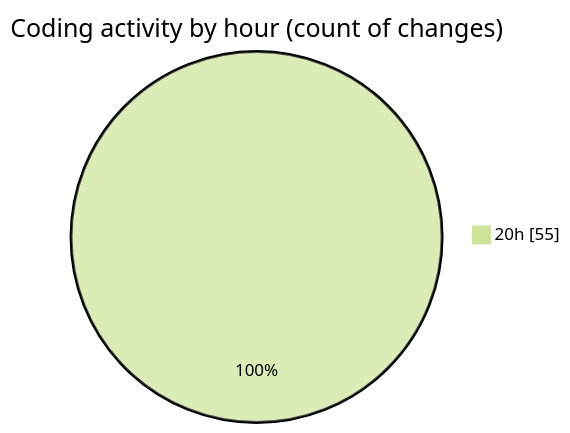
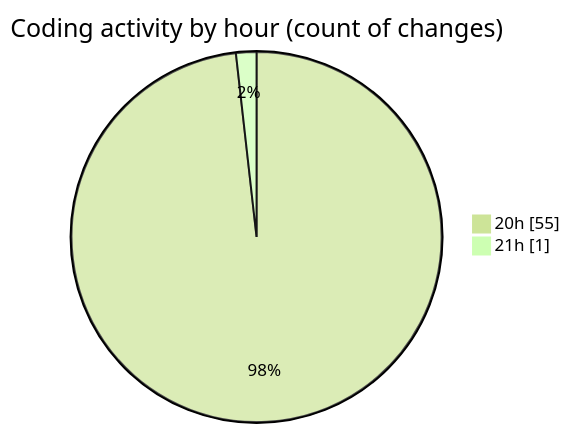
The second of 2 diagrams in 2025-05-08/date/README.md (Netris89/code-tracking), drawn with Mermaid (forest theme) before and after one commit. The commit also changed other lines of this file and 1 other file, not shown here.

````diff
--- a/2025-05-08/date/README.md
+++ b/2025-05-08/date/README.md
@@ -34,5 +34,6 @@
 ```mermaid
 pie showData
 title Coding activity by hour (count of changes)
 "20h" : 55
+"21h" : 1
 ```
````
